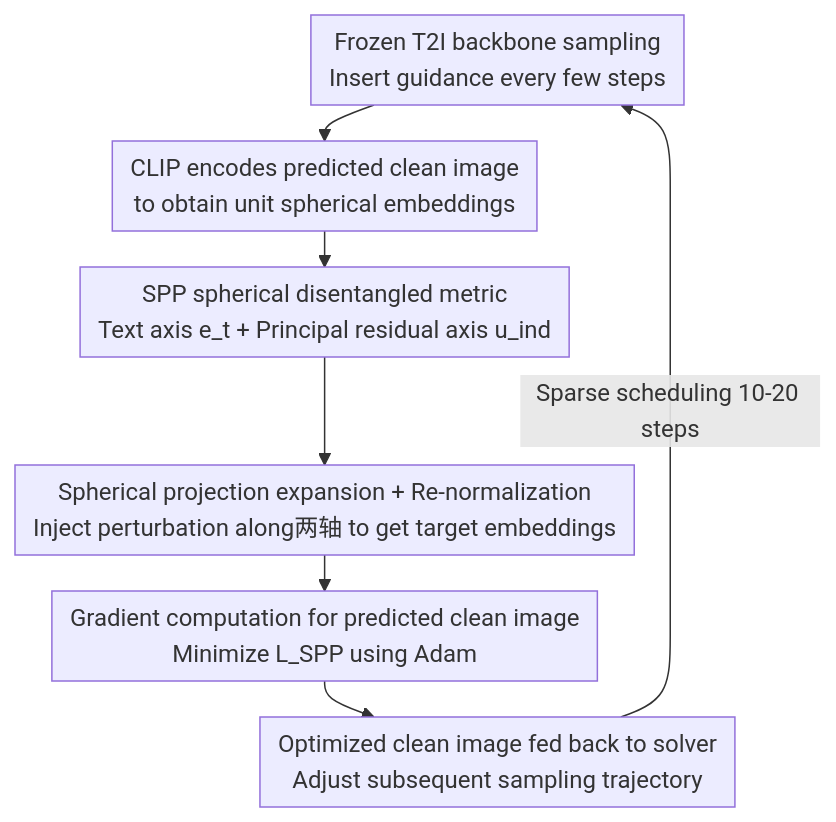
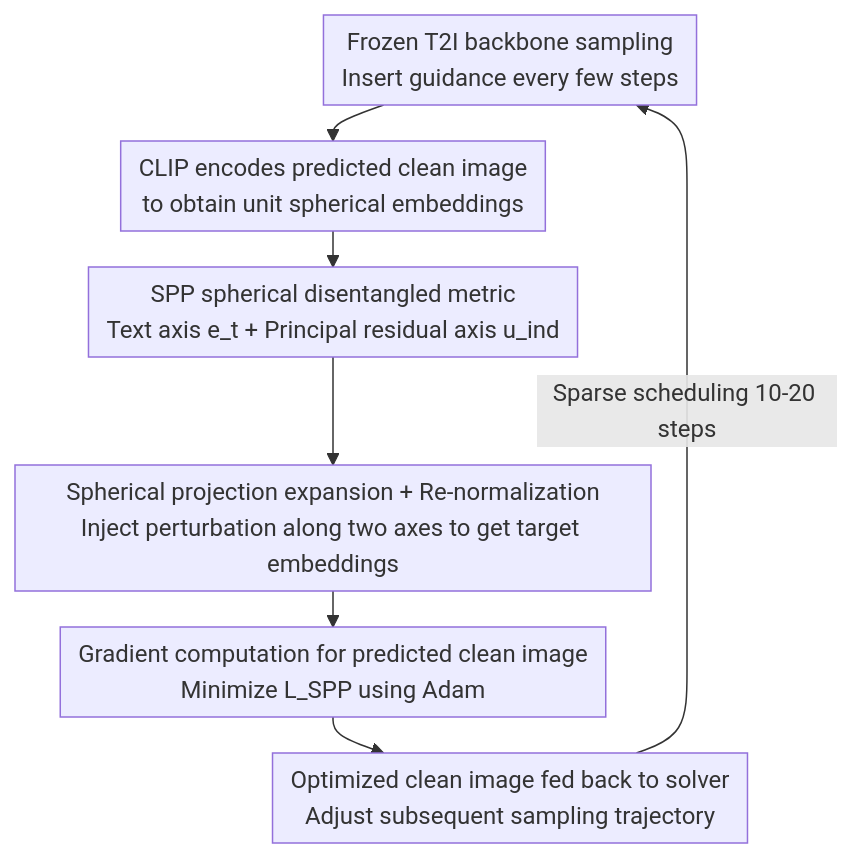
The diagram in docs/ICML2026/image_generation/gass_geometry-aware_spherical_sampling_for_disentangled_diversity_enhancement_in.md (zhaoyang97/Paper-Notes-en), drawn with Mermaid before and after one commit. The commit also changed 644 other files, not shown here.

````diff
--- a/docs/ICML2026/image_generation/gass_geometry-aware_spherical_sampling_for_disentangled_diversity_enhancement_in.md
+++ b/docs/ICML2026/image_generation/gass_geometry-aware_spherical_sampling_for_disentangled_diversity_enhancement_in.md
@@ -48,10 +48,10 @@
 ```mermaid
 %%{init: {'flowchart': {'rankSpacing': 24, 'nodeSpacing': 28, 'padding': 6, 'wrappingWidth': 400}}}%%
 flowchart TD
     A["Frozen T2I backbone sampling<br/>Insert guidance every few steps"] --> B["CLIP encodes predicted clean image<br/>to obtain unit spherical embeddings"]
     B --> C["SPP spherical disentangled metric<br/>Text axis e_t + Principal residual axis u_ind"]
-    C --> D["Spherical projection expansion + Re-normalization<br/>Inject perturbation along两轴 to get target embeddings"]
+    C --> D["Spherical projection expansion + Re-normalization<br/>Inject perturbation along two axes to get target embeddings"]
     D --> E["Gradient computation for predicted clean image<br/>Minimize L_SPP using Adam"]
     E --> F["Optimized clean image fed back to solver<br/>Adjust subsequent sampling trajectory"]
     F -->|Sparse scheduling 10-20 steps| A
 ```
````
